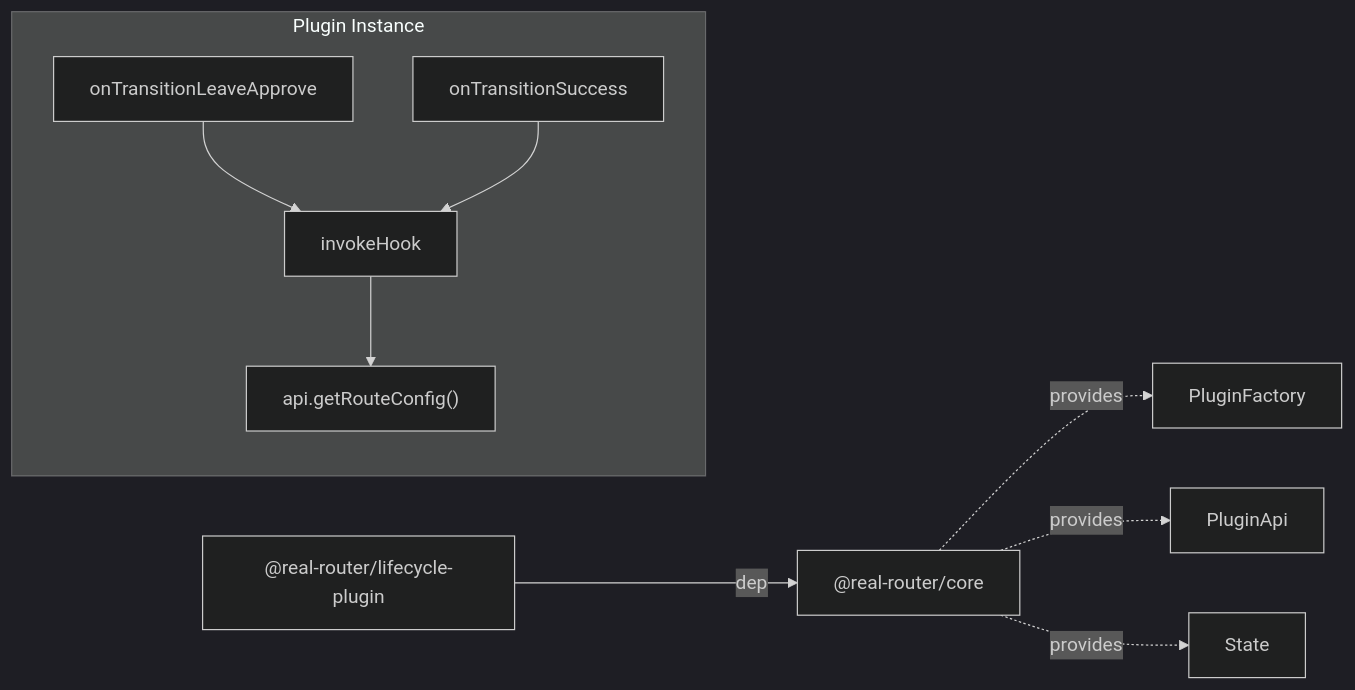
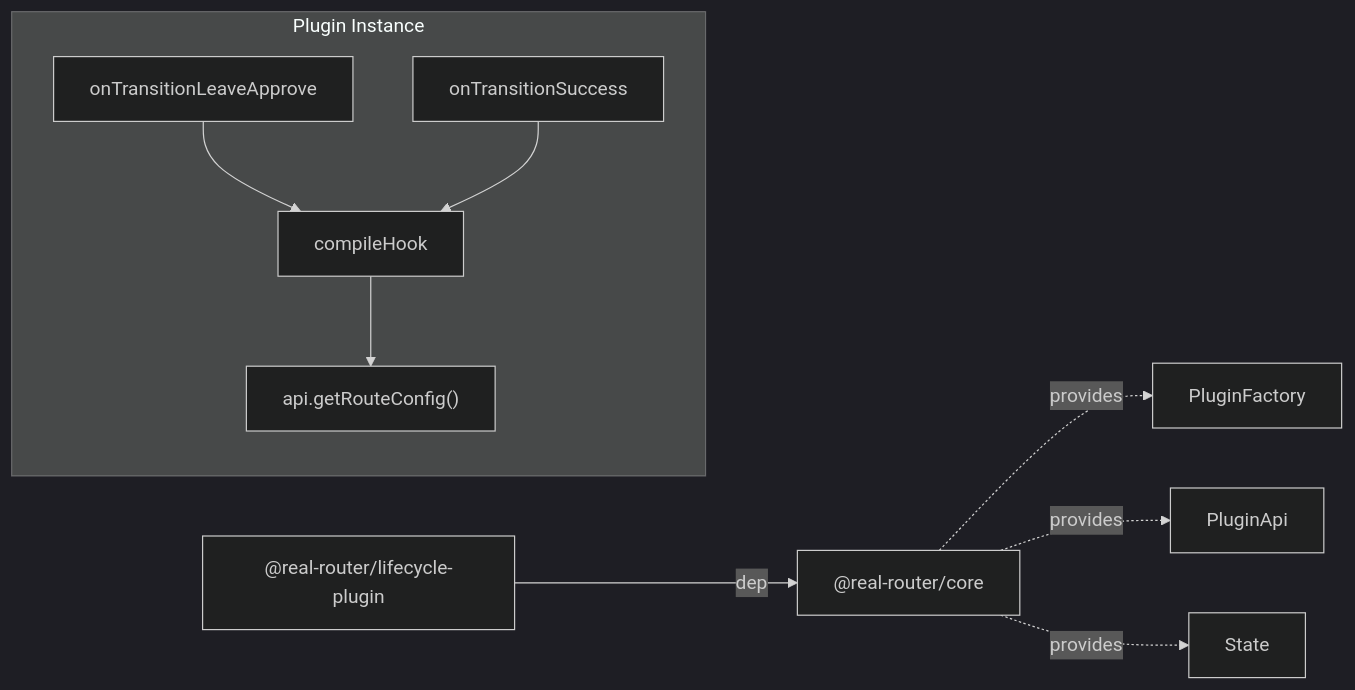
Before and after one commit to greydragon888/real-router: the diagram in packages/lifecycle-plugin/ARCHITECTURE.md, drawn with Mermaid (dark theme). The commit also changed other lines of this file and 77 other files, not shown here.

````diff
--- a/packages/lifecycle-plugin/ARCHITECTURE.md
+++ b/packages/lifecycle-plugin/ARCHITECTURE.md
@@ -23,14 +24,14 @@
 ```mermaid
 graph LR
     LP["@real-router/lifecycle-plugin"] -->|dep| CORE["@real-router/core"]
 
     CORE -.->|provides| PF[PluginFactory]
     CORE -.->|provides| PA[PluginApi]
     CORE -.->|provides| TYPES["State"]
 
     subgraph plugin [Plugin Instance]
-        LH["onTransitionLeaveApprove"] --> IH[invokeHook]
-        SH["onTransitionSuccess"] --> IH
-        IH --> GRC["api.getRouteConfig()"]
+        LH["onTransitionLeaveApprove"] --> CH[compileHook]
+        SH["onTransitionSuccess"] --> CH
+        CH --> GRC["api.getRouteConfig()"]
     end
 ```
````
